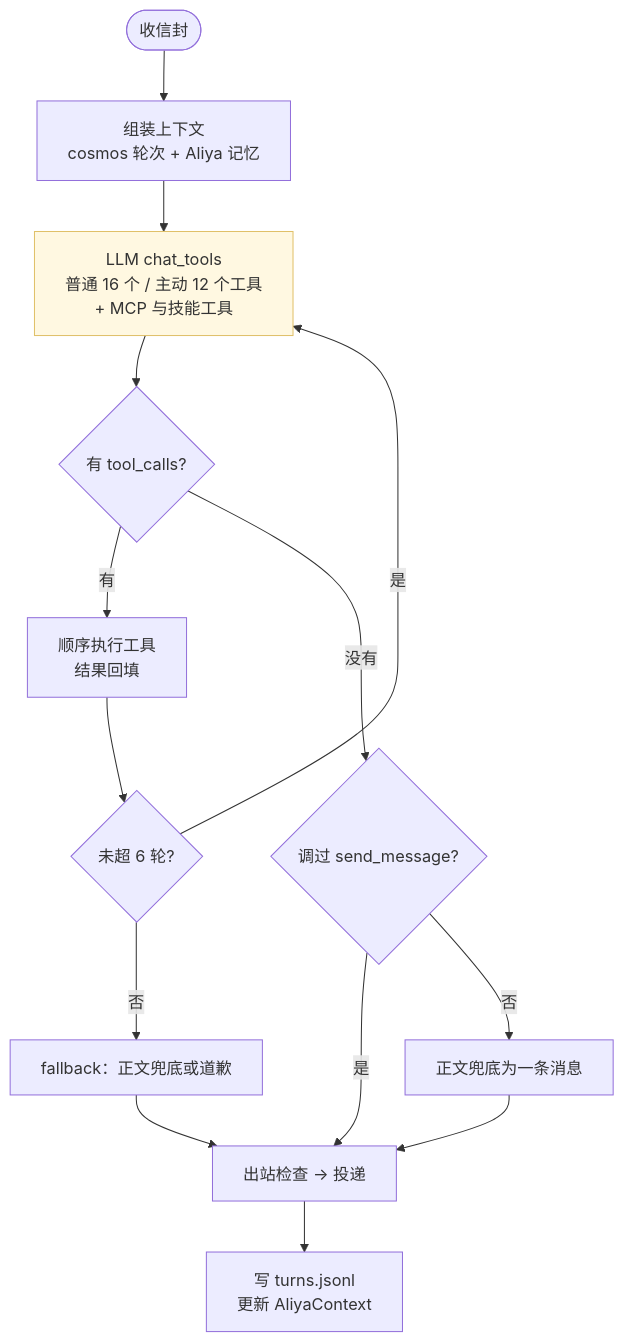
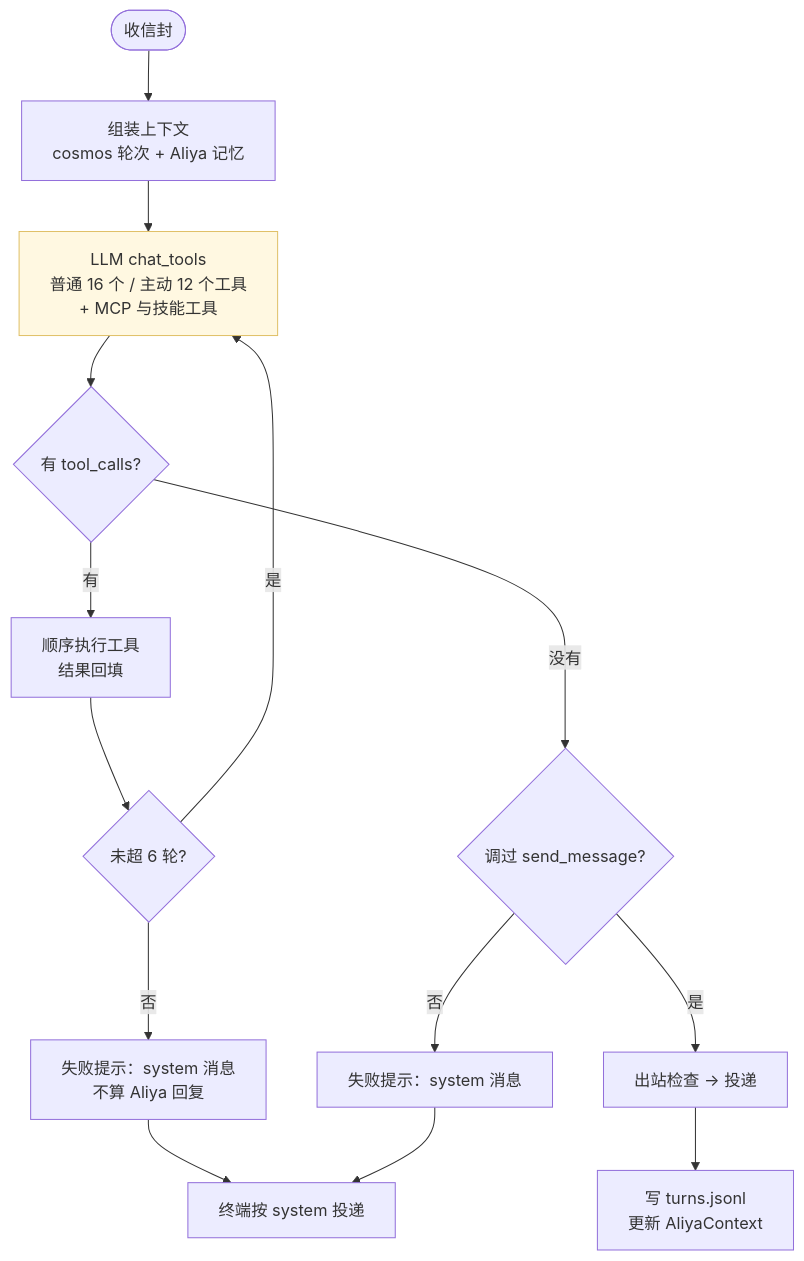
The second of 2 diagrams in agent/aliya/README.md (muyulov/Aliya-cosmos), drawn with Mermaid before and after one commit. The commit also changed other lines of this file and 48 other files, not shown here.

````diff
--- a/agent/aliya/README.md
+++ b/agent/aliya/README.md
@@ -180,18 +180,18 @@
 ```mermaid
 flowchart TD
     E(["收信封"]) --> M["组装上下文<br/>cosmos 轮次 + Aliya 记忆"]
     M --> L["LLM chat_tools<br/>普通 16 个 / 主动 12 个工具<br/>+ MCP 与技能工具"]
     L --> T{"有 tool_calls?"}
     T -->|"有"| X["顺序执行工具<br/>结果回填"]
     X --> R{"未超 6 轮?"}
     R -->|"是"| L
-    R -->|"否"| F["fallback：正文兜底或道歉"]
+    R -->|"否"| F["失败提示：system 消息<br/>不算 Aliya 回复"]
     T -->|"没有"| S{"调过 send_message?"}
     S -->|"是"| P["出站检查 → 投递"]
-    S -->|"否"| B["正文兜底为一条消息"]
-    F --> P
-    B --> P
+    S -->|"否"| B["失败提示：system 消息"]
+    F --> N["终端按 system 投递"]
+    B --> N
     P --> MEM["写 turns.jsonl<br/>更新 AliyaContext"]
 
     style L fill:#fff8e1,stroke:#e0c068
 ```
````
